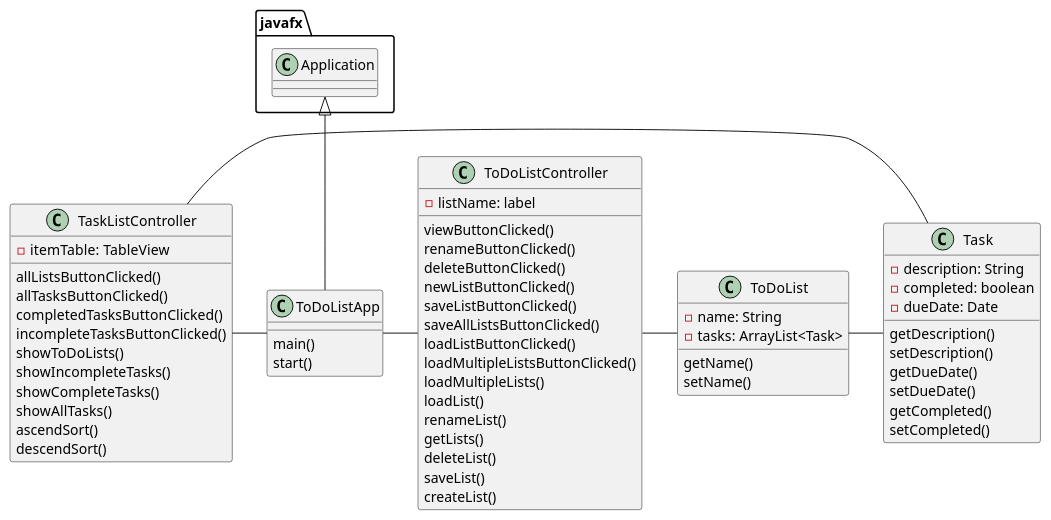
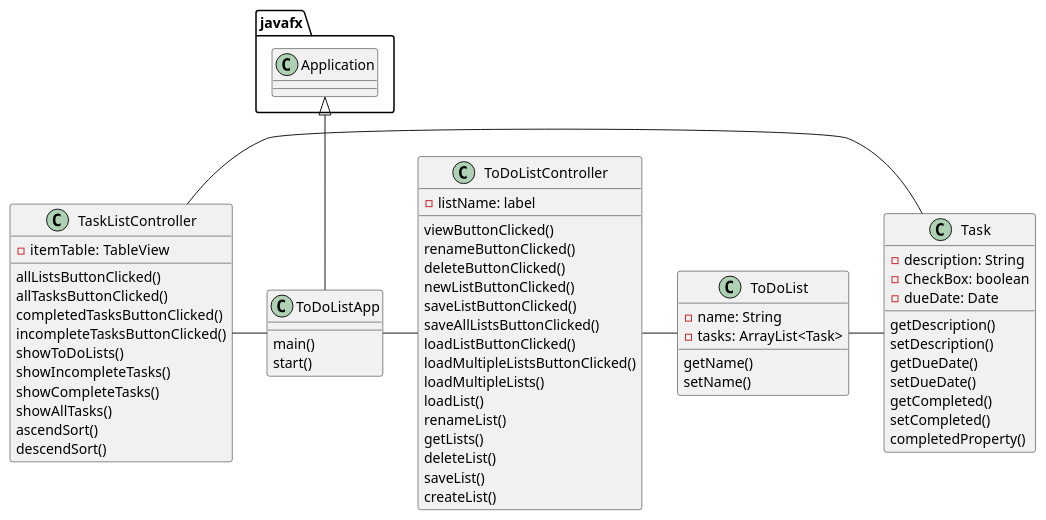
The diagram in uml/ClassDiagram.puml (AbdelNabut/nabut-cop3330-assignment4part2), drawn with PlantUML before and after one commit. The commit also changed 3 other files, not shown here.

```diff
--- a/uml/ClassDiagram.puml
+++ b/uml/ClassDiagram.puml
@@ -1,76 +1,77 @@
 @startuml
 
 class ToDoListApp {
     main()
     start()
 }
 
 class ToDoList {
     -name: String
     -tasks: ArrayList<Task>
     getName()
     setName()
 }
 
 class Task {
     -description: String
-    -completed: boolean
+    -CheckBox: boolean
     -dueDate: Date
     getDescription()
     setDescription()
     getDueDate()
     setDueDate()
     getCompleted()
     setCompleted()
+    completedProperty()
 }
 
 class ToDoListController {
     -listName: label
 
     viewButtonClicked()
     renameButtonClicked()
     deleteButtonClicked()
     newListButtonClicked()
     saveListButtonClicked()
     saveAllListsButtonClicked()
     loadListButtonClicked()
     loadMultipleListsButtonClicked()
     loadMultipleLists()
     loadList()
     renameList()
     getLists()
     deleteList()
     saveList()
     createList()
 }
 
 class TaskListController{
     -itemTable: TableView
     allListsButtonClicked()
     allTasksButtonClicked()
     completedTasksButtonClicked()
     incompleteTasksButtonClicked()
     showToDoLists()
     showIncompleteTasks()
     showCompleteTasks()
     showAllTasks()
     ascendSort()
     descendSort()
 
 
 }
 
 javafx.Application <|-- ToDoListApp
 
 ToDoListApp - ToDoListController
 
 ToDoListController-ToDoList
 
 ToDoList-Task
 
 
 TaskListController -ToDoListApp
 TaskListController-Task
 
 
 @enduml
```
